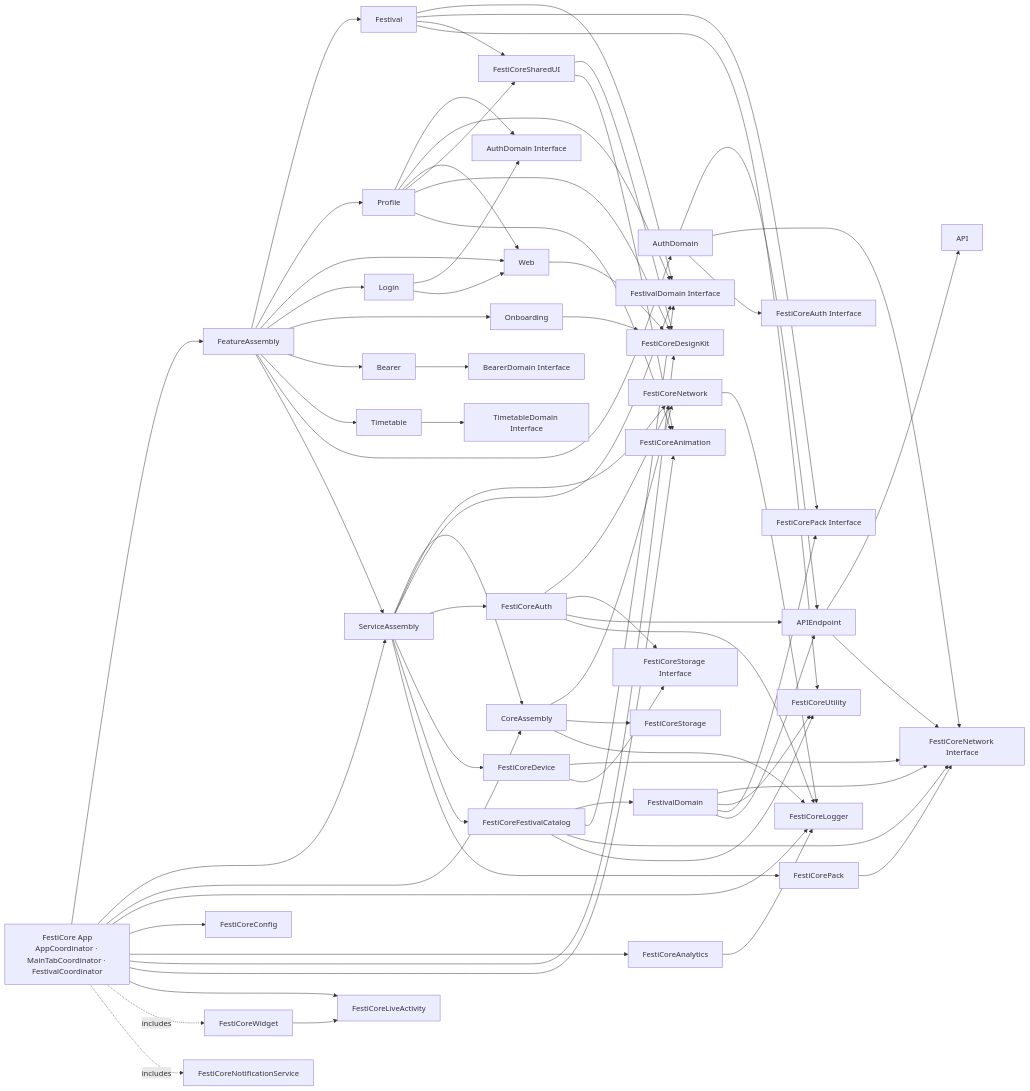
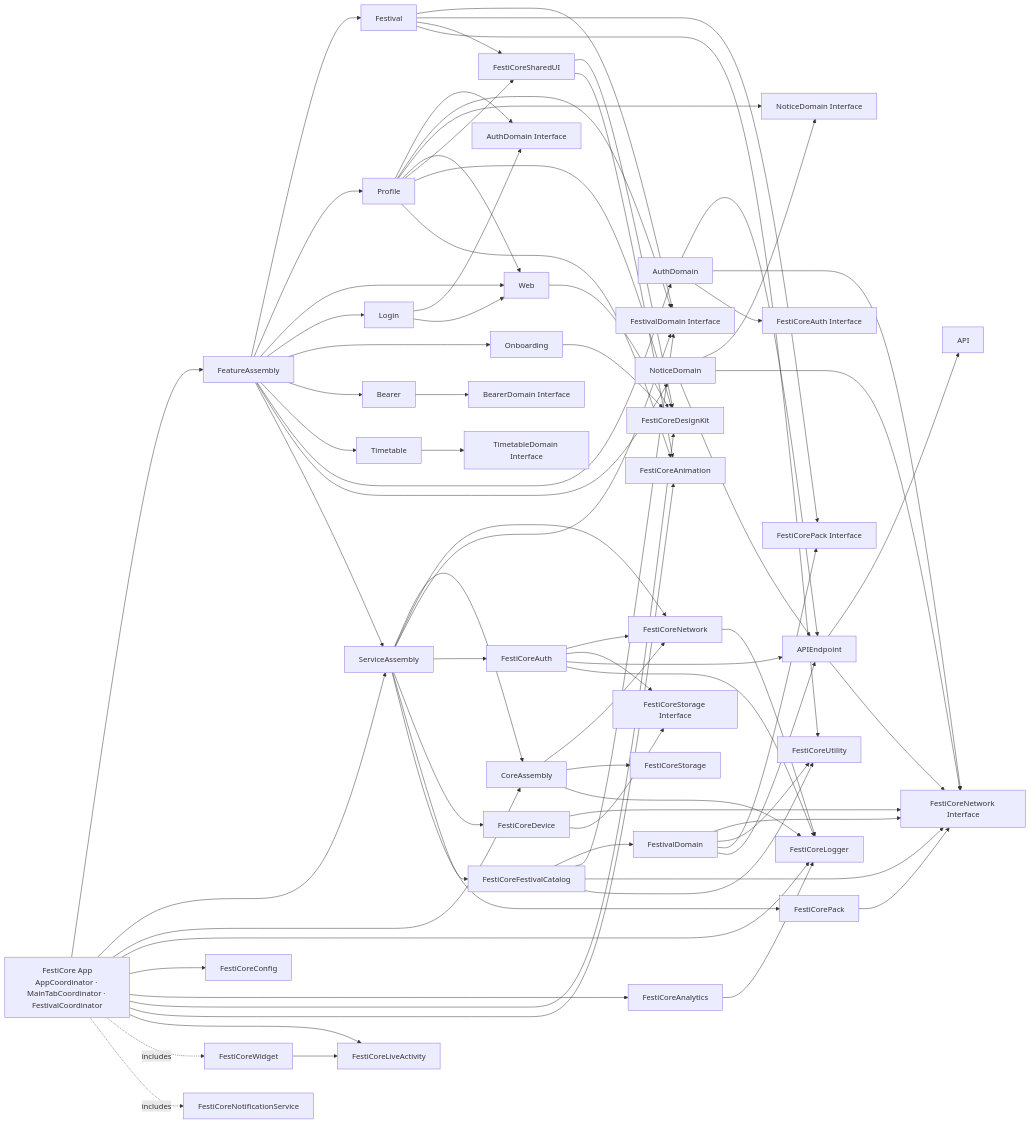
The diagram in docs/architecture/module-graph.mmd (FESTICORE/FestiCore-iOS), drawn with Mermaid before and after one commit. The commit also changed 37 other files, not shown here.

```diff
--- a/docs/architecture/module-graph.mmd
+++ b/docs/architecture/module-graph.mmd
@@ -1,114 +1,121 @@
 flowchart LR
   App["FestiCore App<br/>AppCoordinator · MainTabCoordinator · FestivalCoordinator"]
   FeatureAssembly["FeatureAssembly"]
   Festival["Festival"]
   Profile["Profile"]
   Web["Web"]
   Login["Login"]
   Onboarding["Onboarding"]
   Bearer["Bearer"]
   Timetable["Timetable"]
   AuthDomain["AuthDomain"]
   FestivalDomain["FestivalDomain"]
+  NoticeDomain["NoticeDomain"]
+  NoticeDomainInterface["NoticeDomain Interface"]
   FestivalDomainInterface["FestivalDomain Interface"]
   BearerDomainInterface["BearerDomain Interface"]
   TimetableDomainInterface["TimetableDomain Interface"]
   AuthDomainInterface["AuthDomain Interface"]
   PackInterface["FestiCorePack Interface"]
   ServiceAssembly["ServiceAssembly"]
   API["API"]
   Auth["FestiCoreAuth"]
   Analytics["FestiCoreAnalytics"]
   Config["FestiCoreConfig"]
   Device["FestiCoreDevice"]
   Catalog["FestiCoreFestivalCatalog"]
   Pack["FestiCorePack"]
   Network["FestiCoreNetwork"]
   StorageInterface["FestiCoreStorage Interface"]
   Storage["FestiCoreStorage"]
   Logger["FestiCoreLogger"]
   Utility["FestiCoreUtility"]
   LiveActivity["FestiCoreLiveActivity"]
   Animation["FestiCoreAnimation"]
   CoreAssembly["CoreAssembly"]
   APIEndpoint["APIEndpoint"]
   NetworkInterface["FestiCoreNetwork Interface"]
   SharedUI["FestiCoreSharedUI"]
   Design["FestiCoreDesignKit"]
   Widget["FestiCoreWidget"]
   Notification["FestiCoreNotificationService"]
 
   App --> FeatureAssembly
   App --> ServiceAssembly
   App --> CoreAssembly
   App --> Logger
   App --> Config
   App --> Analytics
   App --> Design
   App --> Animation
   App --> LiveActivity
   App -. includes .-> Widget
   App -. includes .-> Notification
 
   FeatureAssembly --> Festival
   FeatureAssembly --> Profile
   FeatureAssembly --> Web
   FeatureAssembly --> Login
   FeatureAssembly --> Onboarding
   FeatureAssembly --> Bearer
   FeatureAssembly --> Timetable
   FeatureAssembly --> AuthDomain
+  FeatureAssembly --> NoticeDomain
   FeatureAssembly --> ServiceAssembly
 
   Festival --> FestivalDomainInterface
   Festival --> PackInterface
   Festival --> SharedUI
   Festival --> Utility
   Profile --> AuthDomainInterface
   Profile --> FestivalDomainInterface
+  Profile --> NoticeDomainInterface
   Profile --> Web
   Profile --> SharedUI
   Profile --> Design
   Profile --> Animation
   Login --> AuthDomainInterface
   Login --> Web
   Bearer --> BearerDomainInterface
   Timetable --> TimetableDomainInterface
   Onboarding --> Design
   Web --> Design
   SharedUI --> Design
 
   AuthDomain --> APIEndpoint
   AuthDomain --> NetworkInterface
   AuthDomain --> AuthInterface["FestiCoreAuth Interface"]
   FestivalDomain --> NetworkInterface
   FestivalDomain --> Utility
   FestivalDomain --> PackInterface
   FestivalDomain --> APIEndpoint
+  NoticeDomain --> NoticeDomainInterface
+  NoticeDomain --> NetworkInterface
+  NoticeDomain --> APIEndpoint
   ServiceAssembly --> CoreAssembly
   ServiceAssembly --> Network
   ServiceAssembly --> FestivalDomainInterface
   ServiceAssembly --> Auth
   ServiceAssembly --> Device
   ServiceAssembly --> Catalog
   ServiceAssembly --> Pack
   Catalog --> FestivalDomain
   Catalog --> FestivalDomainInterface
   Catalog --> NetworkInterface
   Catalog --> Utility
   Auth --> Network
   Auth --> StorageInterface
   Auth --> APIEndpoint
   Auth --> Logger
   Device --> NetworkInterface
   Device --> StorageInterface
   Pack --> NetworkInterface
   Analytics --> Logger
   APIEndpoint --> API
   APIEndpoint --> NetworkInterface
   CoreAssembly --> Network
   CoreAssembly --> Storage
   CoreAssembly --> Logger
   Network --> Logger
   SharedUI --> Animation
   Widget --> LiveActivity
```
